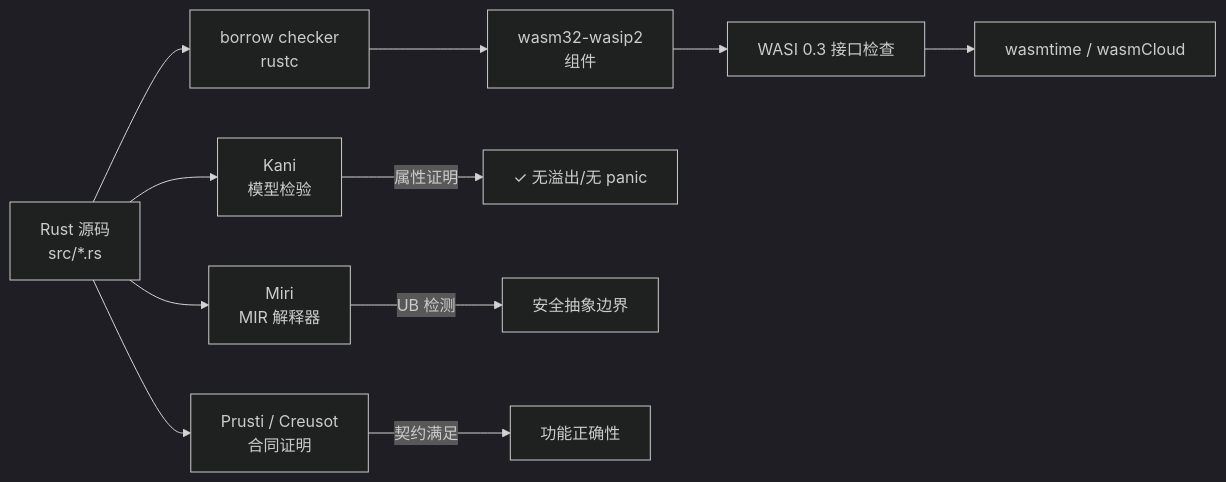
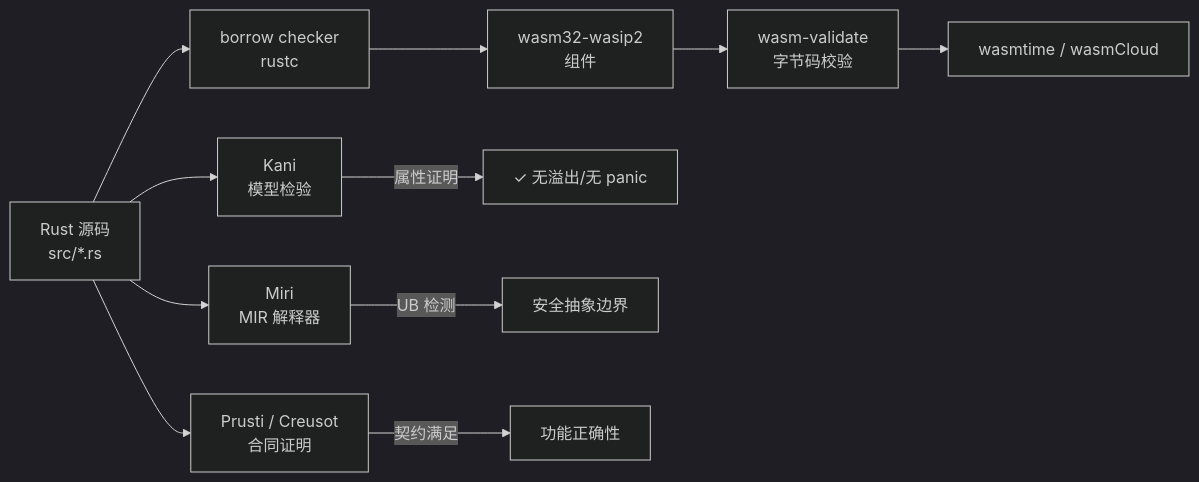
The diagram in struct/13-emerging-trends/05-rust-ecosystem/rust-wasm-formal-verification.md (AdaMartin18010/Architecture), drawn with Mermaid (dark theme) before and after one commit. The commit also changed other lines of this file and 10 other files, not shown here.

````diff
--- a/struct/13-emerging-trends/05-rust-ecosystem/rust-wasm-formal-verification.md
+++ b/struct/13-emerging-trends/05-rust-ecosystem/rust-wasm-formal-verification.md
@@ -177,21 +128,22 @@
 ```mermaid
 graph LR
     RS[Rust 源码<br/>src/*.rs]
     BC[borrow checker<br/>rustc]
     Kani[Kani<br/>模型检验]
     Miri[Miri<br/>MIR 解释器]
     Prusti[Prusti / Creusot<br/>合同证明]
-    WASI[WASI 0.3 接口检查]
     WASM[wasm32-wasip2<br/>组件]
+    VALID[wasm-validate<br/>字节码校验]
     Runtime[wasmtime / wasmCloud]
+
     RS --> BC
     RS --> Kani
     RS --> Miri
     RS --> Prusti
     BC --> WASM
     Kani --> |属性证明| Proofs[✓ 无溢出/无 panic]
     Miri --> |UB 检测| Safe[安全抽象边界]
     Prusti --> |契约满足| Contract[功能正确性]
-    WASM --> WASI
-    WASI --> Runtime
+    WASM --> VALID
+    VALID --> Runtime
 ```
````
